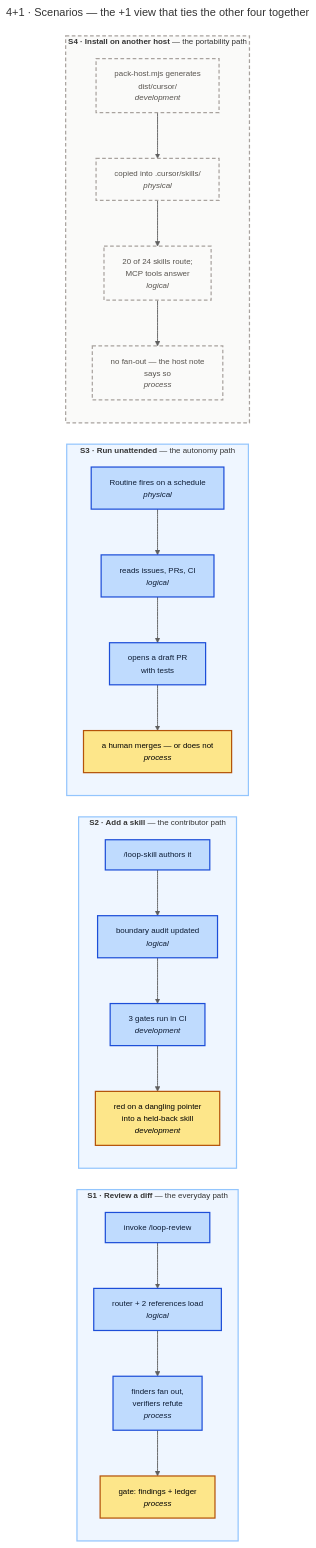
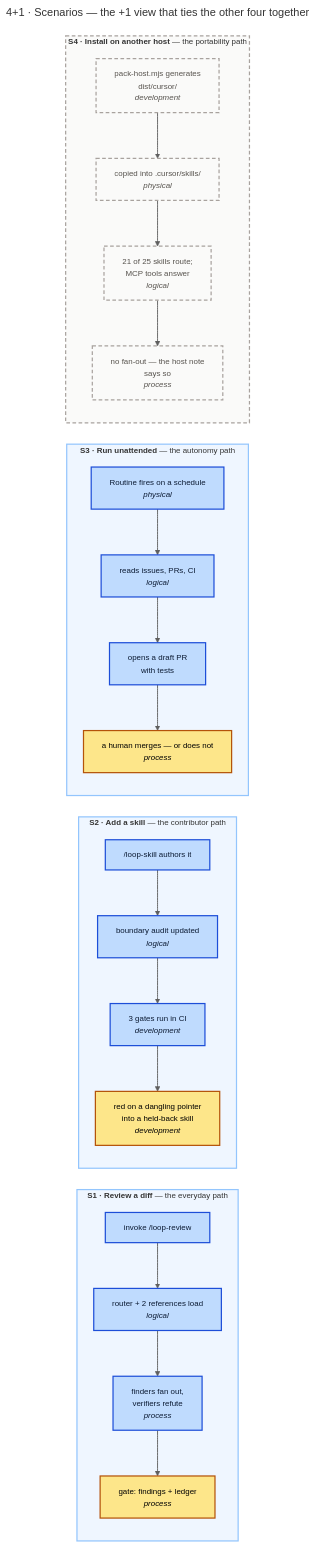
One commit to santapong/Proof changed the diagram in docs/c4/diagrams/src/view-scenarios.mmd. Above: the diagram before and after it, drawn with Mermaid. The commit also changed 23 other files, not shown here.

First line of the commit message:
Docs + diagrams: de-stale the whole surface to the 25-skill fleet

```diff
--- a/docs/c4/diagrams/src/view-scenarios.mmd
+++ b/docs/c4/diagrams/src/view-scenarios.mmd
@@ -1,36 +1,36 @@
 ---
 title: "4+1 · Scenarios — the +1 view that ties the other four together"
 ---
 %%{init: {"flowchart": {"curve": "basis", "nodeSpacing": 35, "rankSpacing": 50}, "themeVariables": {"fontFamily": "Segoe UI, Helvetica, Arial, sans-serif", "fontSize": "13px"}}}%%
 flowchart LR
     subgraph s1["<b>S1 · Review a diff</b> — the everyday path"]
         direction TB
         a1["invoke /loop-review"] --> a2["router + 2 references load<br/><i>logical</i>"] --> a3["finders fan out,<br/>verifiers refute<br/><i>process</i>"] --> a4["gate: findings + ledger<br/><i>process</i>"]
     end
 
     subgraph s2["<b>S2 · Add a skill</b> — the contributor path"]
         direction TB
         b1["/loop-skill authors it"] --> b2["boundary audit updated<br/><i>logical</i>"] --> b3["3 gates run in CI<br/><i>development</i>"] --> b4["red on a dangling pointer<br/>into a held-back skill<br/><i>development</i>"]
     end
 
     subgraph s3["<b>S3 · Run unattended</b> — the autonomy path"]
         direction TB
         c1["Routine fires on a schedule<br/><i>physical</i>"] --> c2["reads issues, PRs, CI<br/><i>logical</i>"] --> c3["opens a draft PR<br/>with tests"] --> c4["a human merges — or does not<br/><i>process</i>"]
     end
 
     subgraph s4["<b>S4 · Install on another host</b> — the portability path"]
         direction TB
-        d1["pack-host.mjs generates<br/>dist/cursor/<br/><i>development</i>"] --> d2["copied into .cursor/skills/<br/><i>physical</i>"] --> d3["20 of 24 skills route;<br/>MCP tools answer<br/><i>logical</i>"] --> d4["no fan-out — the host note<br/>says so<br/><i>process</i>"]
+        d1["pack-host.mjs generates<br/>dist/cursor/<br/><i>development</i>"] --> d2["copied into .cursor/skills/<br/><i>physical</i>"] --> d3["21 of 25 skills route;<br/>MCP tools answer<br/><i>logical</i>"] --> d4["no fan-out — the host note<br/>says so<br/><i>process</i>"]
     end
 
     classDef step fill:#BFDBFE,stroke:#1D4ED8,stroke-width:2px,color:#0C1B33
     classDef gatestep fill:#FDE68A,stroke:#B45309,stroke-width:2px,color:#000
     classDef planned fill:#FAFAF9,stroke:#A8A29E,stroke-width:2px,stroke-dasharray:6 4,color:#57534E
     class a1,a2,a3,b1,b2,b3,c1,c2,c3 step
     class a4,b4,c4 gatestep
     class d1,d2,d3,d4 planned
     style s1 fill:#EFF6FF,stroke:#93C5FD,stroke-width:2px
     style s2 fill:#EFF6FF,stroke:#93C5FD,stroke-width:2px
     style s3 fill:#EFF6FF,stroke:#93C5FD,stroke-width:2px
     style s4 fill:#FAFAF9,stroke:#A8A29E,stroke-width:2px,stroke-dasharray:6 4
     linkStyle default stroke:#5F5F5F,stroke-width:1.5px,color:#57534E
```
